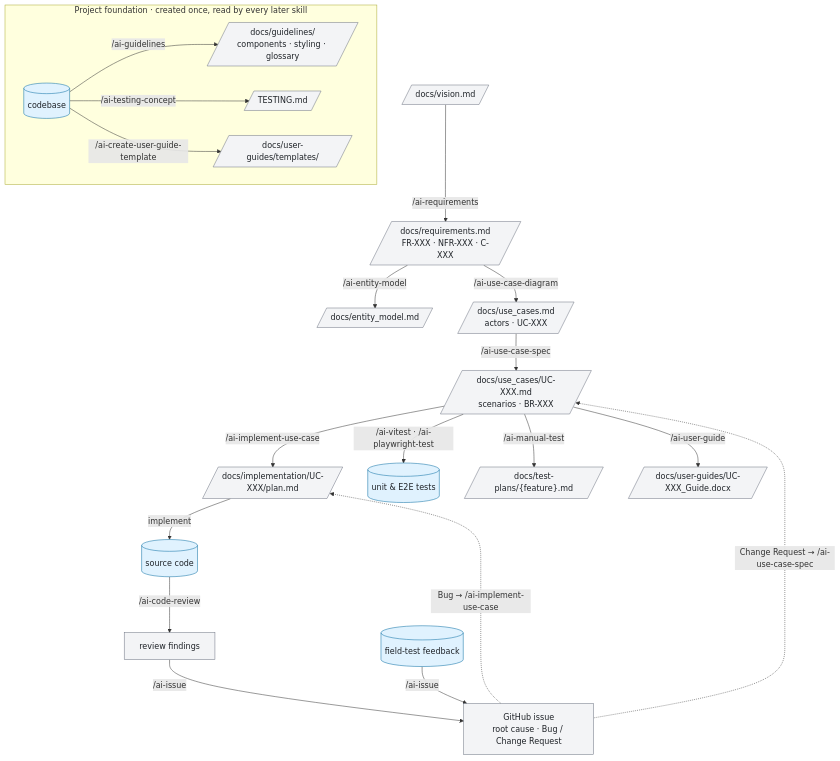
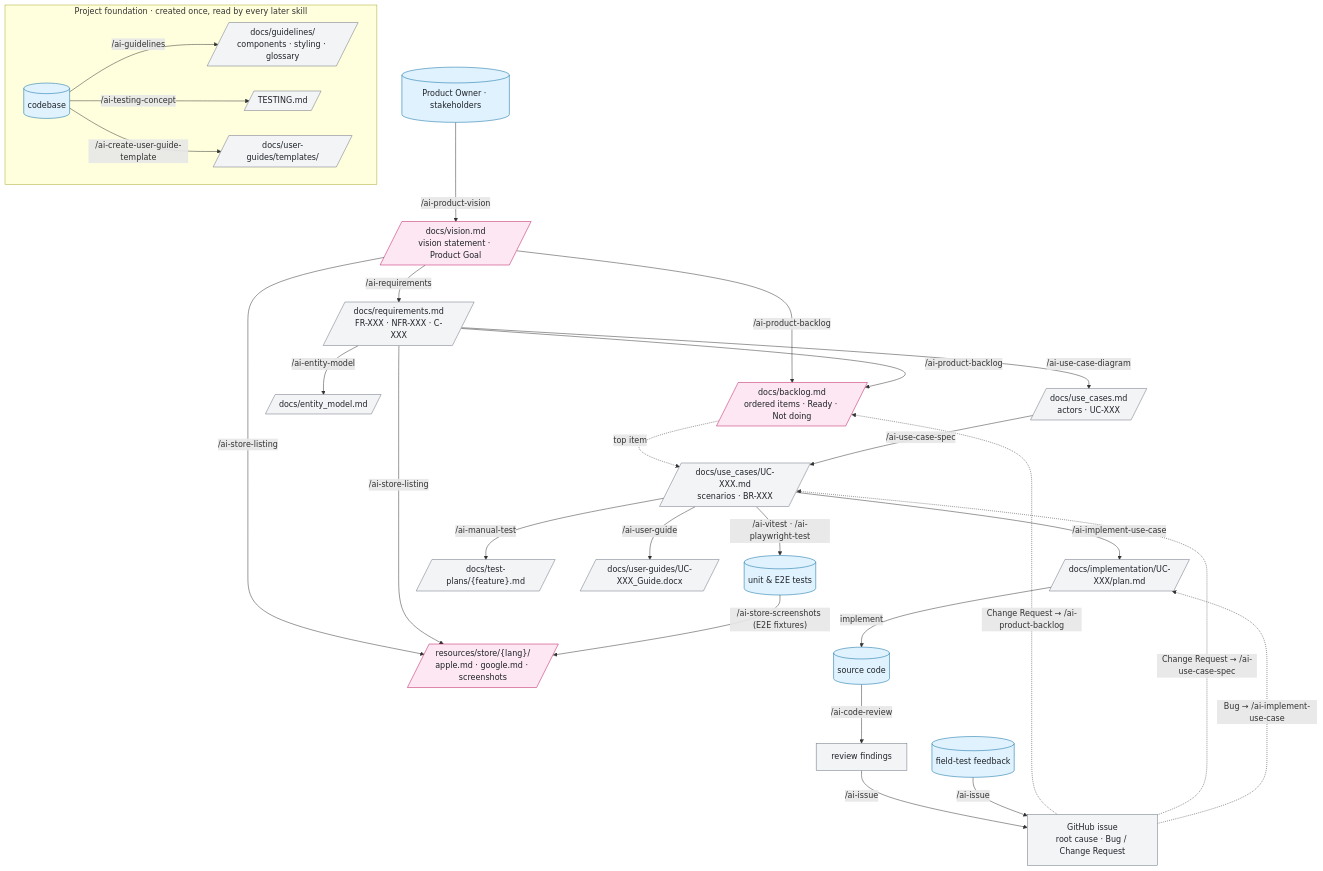
Before and after one commit to liitu-ch/liitu-ai-architect-marketplace: the second of 3 diagrams in README.md, drawn with Mermaid. The commit also changed other lines of this file and 20 other files, not shown here.

First line of the commit message:
feat(product): add ai-architect-product plugin (vision, backlog, store assets)

````diff
--- a/README.md
+++ b/README.md
@@ -100,47 +118,60 @@
 ```mermaid
 flowchart TB
     subgraph foundation["Project foundation · created once, read by every later skill"]
         direction LR
         codebase[("codebase")]
         gl[/"docs/guidelines/<br/>components · styling · glossary"/]
         tc[/"TESTING.md"/]
         ugt[/"docs/user-guides/templates/"/]
         codebase -- "/ai-guidelines" --> gl
         codebase -- "/ai-testing-concept" --> tc
         codebase -- "/ai-create-user-guide-template" --> ugt
     end
 
-    vision[/"docs/vision.md"/]
+    po[("Product Owner · stakeholders")]
+    vision[/"docs/vision.md<br/>vision statement · Product Goal"/]
+    backlog[/"docs/backlog.md<br/>ordered items · Ready · Not doing"/]
+    store[/"resources/store/{lang}/<br/>apple.md · google.md · screenshots"/]
     req[/"docs/requirements.md<br/>FR-XXX · NFR-XXX · C-XXX"/]
     em[/"docs/entity_model.md"/]
     ucd[/"docs/use_cases.md<br/>actors · UC-XXX"/]
     ucs[/"docs/use_cases/UC-XXX.md<br/>scenarios · BR-XXX"/]
     plan[/"docs/implementation/UC-XXX/plan.md"/]
     src[("source code")]
     tests[("unit & E2E tests")]
     mtp[/"docs/test-plans/{feature}.md"/]
     guide[/"docs/user-guides/UC-XXX_Guide.docx"/]
     findings["review findings"]
     field[("field-test feedback")]
     issue["GitHub issue<br/>root cause · Bug / Change Request"]
 
+    po -- "/ai-product-vision" --> vision
     vision -- "/ai-requirements" --> req
+    vision -- "/ai-product-backlog" --> backlog
+    req -- "/ai-product-backlog" --> backlog
+    backlog -. "top item" .-> ucs
+    vision -- "/ai-store-listing" --> store
+    req -- "/ai-store-listing" --> store
+    tests -- "/ai-store-screenshots (E2E fixtures)" --> store
     req -- "/ai-entity-model" --> em
     req -- "/ai-use-case-diagram" --> ucd
     ucd -- "/ai-use-case-spec" --> ucs
     ucs -- "/ai-implement-use-case" --> plan
     plan -- "implement" --> src
     src -- "/ai-code-review" --> findings
     ucs -- "/ai-vitest · /ai-playwright-test" --> tests
     ucs -- "/ai-manual-test" --> mtp
     ucs -- "/ai-user-guide" --> guide
     findings -- "/ai-issue" --> issue
     field -- "/ai-issue" --> issue
+    issue -. "Change Request → /ai-product-backlog" .-> backlog
     issue -. "Change Request → /ai-use-case-spec" .-> ucs
     issue -. "Bug → /ai-implement-use-case" .-> plan
 
     classDef artifact fill:#f3f4f6,stroke:#6b7280,color:#1f2328
     classDef store fill:#e0f2fe,stroke:#0369a1,color:#1f2328
-    class vision,req,em,ucd,ucs,gl,tc,ugt,plan,mtp,guide,findings,issue artifact
-    class codebase,src,tests,field store
+    classDef product fill:#fce7f3,stroke:#be185d,color:#1f2328
+    class req,em,ucd,ucs,gl,tc,ugt,plan,mtp,guide,findings,issue artifact
+    class codebase,src,tests,field,po store
+    class vision,backlog,store product
 ```
````
